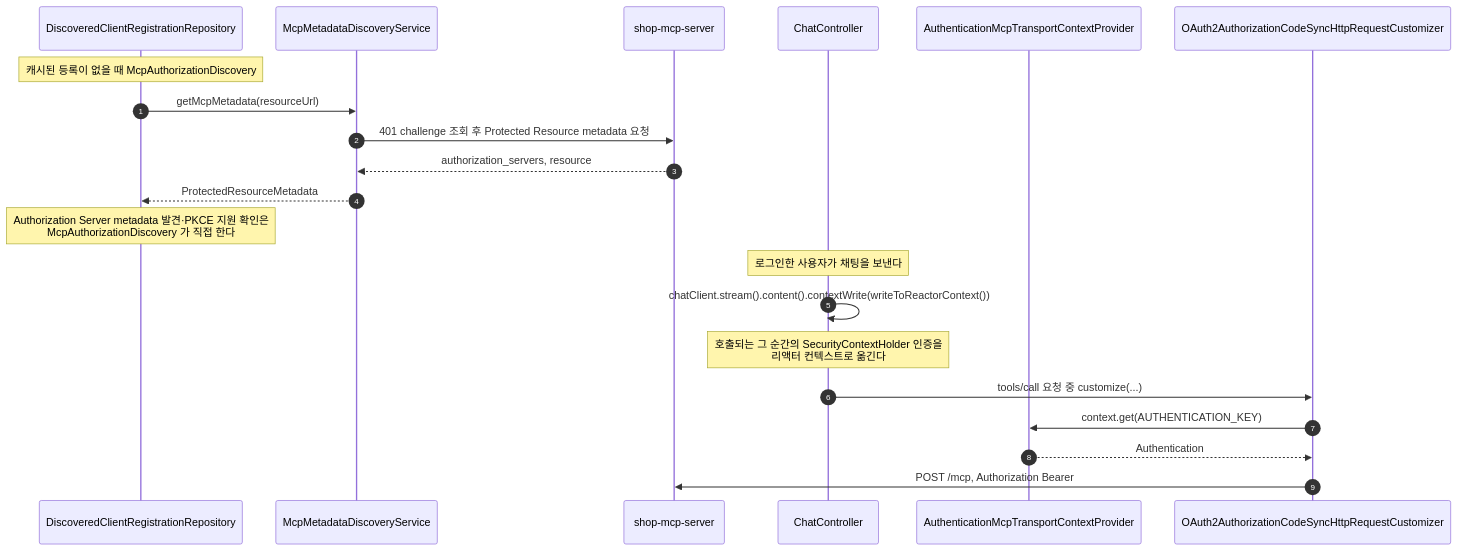
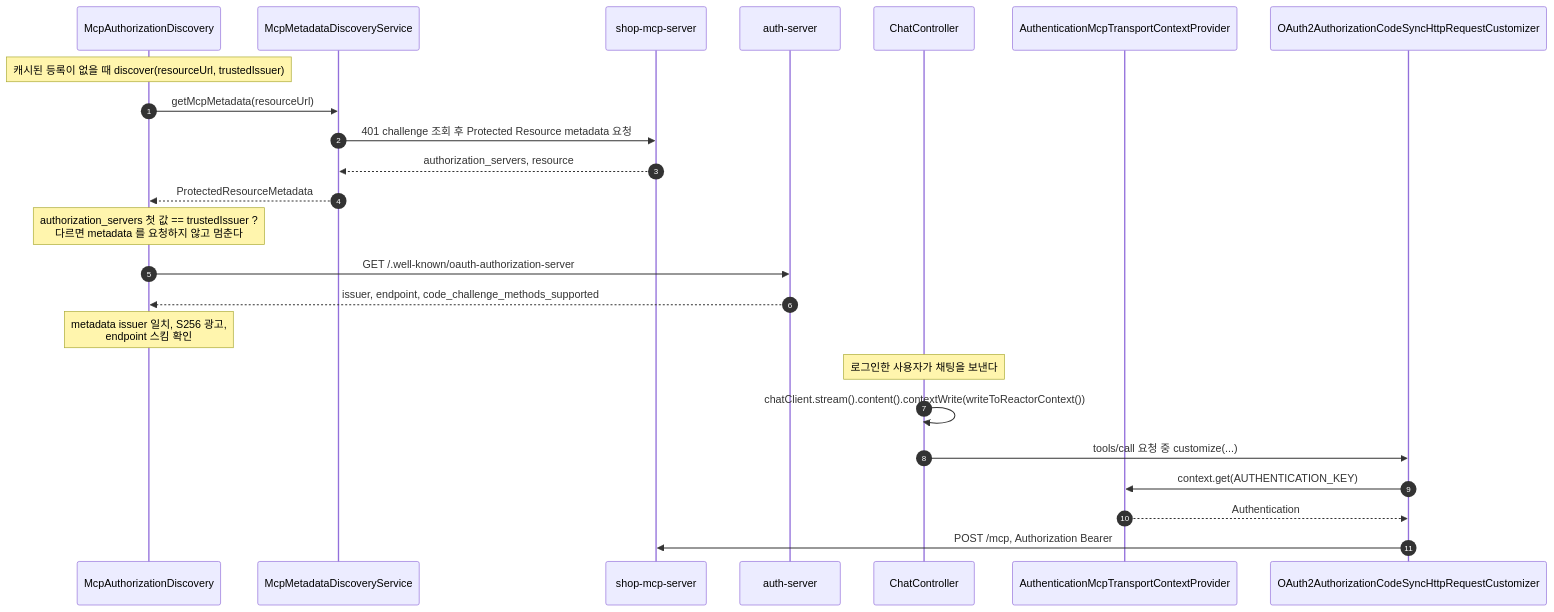
One commit to starryeye/spring-ai changed the fifth of 5 diagrams in practice/mcp-security-authn-community/SEQUENCES.md. Above: the diagram before and after it, drawn with Mermaid. The commit also changed other lines of this file and 2 other files, not shown here.

````diff
--- a/practice/mcp-security-authn-community/SEQUENCES.md
+++ b/practice/mcp-security-authn-community/SEQUENCES.md
@@ -179,23 +250,26 @@
 ```mermaid
 sequenceDiagram
     autonumber
-    participant D as DiscoveredClientRegistrationRepository
+    participant D as McpAuthorizationDiscovery
     participant S as McpMetadataDiscoveryService
     participant M as shop-mcp-server
+    participant A as auth-server
     participant C as ChatController
     participant P as AuthenticationMcpTransportContextProvider
     participant H as OAuth2AuthorizationCodeSyncHttpRequestCustomizer
-    Note over D: 캐시된 등록이 없을 때 McpAuthorizationDiscovery#discover 안에서 호출
+    Note over D: 캐시된 등록이 없을 때 discover(resourceUrl, trustedIssuer)
     D->>S: getMcpMetadata(resourceUrl)
     S->>M: 401 challenge 조회 후 Protected Resource metadata 요청
     M-->>S: authorization_servers, resource
     S-->>D: ProtectedResourceMetadata
-    Note over D: Authorization Server metadata 발견·PKCE 지원 확인은<br/>McpAuthorizationDiscovery 가 직접 한다
+    Note over D: authorization_servers 첫 값 == trustedIssuer ?<br/>다르면 metadata 를 요청하지 않고 멈춘다
+    D->>A: GET /.well-known/oauth-authorization-server
+    A-->>D: issuer, endpoint, code_challenge_methods_supported
+    Note over D: metadata issuer 일치, S256 광고,<br/>endpoint 스킴 확인
     Note over C: 로그인한 사용자가 채팅을 보낸다
     C->>C: chatClient.stream().content().contextWrite(writeToReactorContext())
-    Note over C: 호출되는 그 순간의 SecurityContextHolder 인증을<br/>리액터 컨텍스트로 옮긴다
     C->>H: tools/call 요청 중 customize(...)
     H->>P: context.get(AUTHENTICATION_KEY)
     P-->>H: Authentication
     H->>M: POST /mcp, Authorization Bearer
 ```
````
